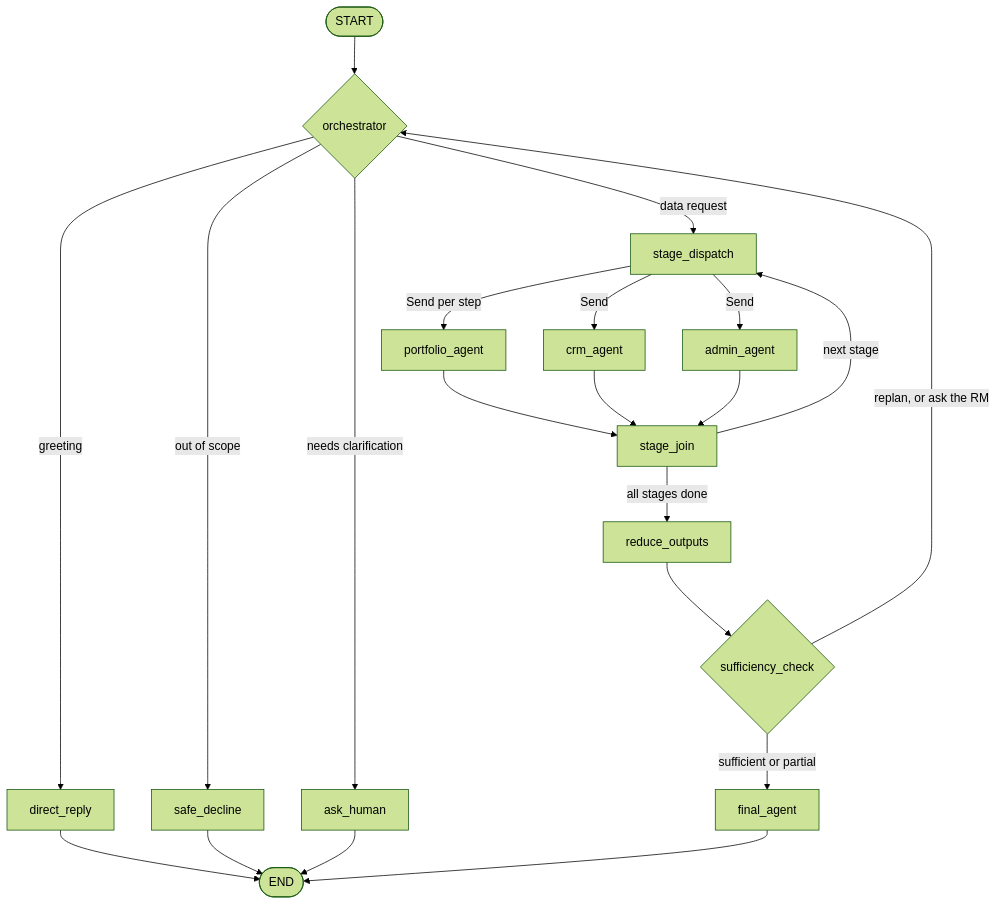
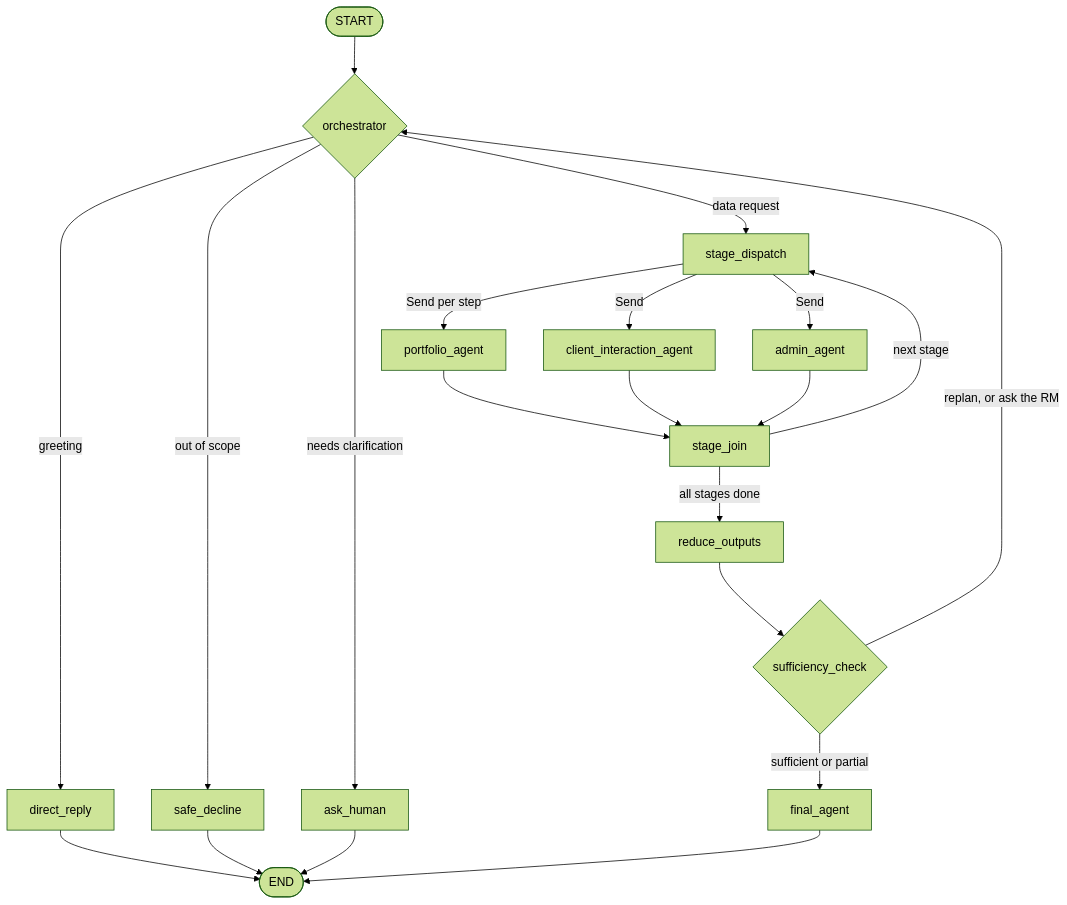
One commit to ravurumanoj/rm-agent changed the diagram in README.md. Above: the diagram before and after it, drawn with Mermaid (forest theme). The commit also changed other lines of this file and 92 other files, not shown here.

````diff
--- a/README.md
+++ b/README.md
@@ -140,18 +498,18 @@
 ```mermaid
 flowchart TD
     S([START]) --> O{orchestrator}
     O -->|greeting| DR[direct_reply] --> E([END])
     O -->|out of scope| SD[safe_decline] --> E
     O -->|needs clarification| AH[ask_human] --> E
     O -->|data request| SDP[stage_dispatch]
     SDP -->|Send per step| PA[portfolio_agent]
-    SDP -->|Send| CA[crm_agent]
+    SDP -->|Send| CA[client_interaction_agent]
     SDP -->|Send| AA[admin_agent]
     PA --> SJ[stage_join]
     CA --> SJ
     AA --> SJ
     SJ -->|next stage| SDP
     SJ -->|all stages done| R[reduce_outputs] --> SU{sufficiency_check}
     SU -->|replan, or ask the RM| O
     SU -->|sufficient or partial| F[final_agent] --> E
 ```
````
